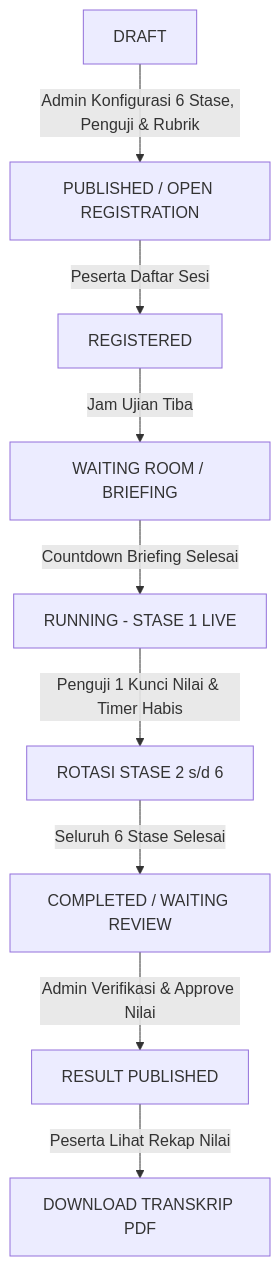
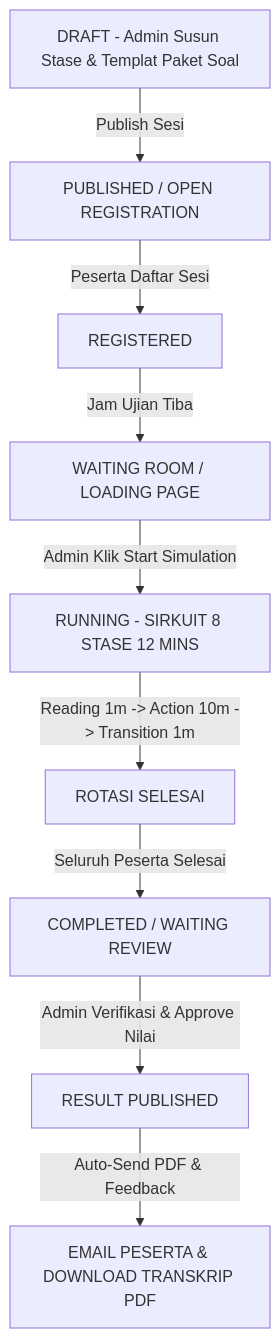
The diagram in OSCE.md (JurisDataNerd/medskill-osce), drawn with Mermaid before and after one commit. The commit also changed other lines of this file and 44 other files, not shown here.

````diff
--- a/OSCE.md
+++ b/OSCE.md
@@ -123,11 +118,11 @@
 ```mermaid
 graph TD
-    A[DRAFT] -->|Admin Konfigurasi 6 Stase, Penguji & Rubrik| B[PUBLISHED / OPEN REGISTRATION]
+    A[DRAFT - Admin Susun Stase & Templat Paket Soal] -->|Publish Sesi| B[PUBLISHED / OPEN REGISTRATION]
     B -->|Peserta Daftar Sesi| C[REGISTERED]
-    C -->|Jam Ujian Tiba| D[WAITING ROOM / BRIEFING]
-    D -->|Countdown Briefing Selesai| E[RUNNING - STASE 1 LIVE]
-    E -->|Penguji 1 Kunci Nilai & Timer Habis| F[ROTASI STASE 2 s/d 6]
-    F -->|Seluruh 6 Stase Selesai| G[COMPLETED / WAITING REVIEW]
+    C -->|Jam Ujian Tiba| D[WAITING ROOM / LOADING PAGE]
+    D -->|Admin Klik Start Simulation| E[RUNNING - SIRKUIT 8 STASE 12 MINS]
+    E -->|Reading 1m -> Action 10m -> Transition 1m| F[ROTASI SELESAI]
+    F -->|Seluruh Peserta Selesai| G[COMPLETED / WAITING REVIEW]
     G -->|Admin Verifikasi & Approve Nilai| H[RESULT PUBLISHED]
-    H -->|Peserta Lihat Rekap Nilai| I[DOWNLOAD TRANSKRIP PDF]
+    H -->|Auto-Send PDF & Feedback| I[EMAIL PESERTA & DOWNLOAD TRANSKRIP PDF]
 ```
````
